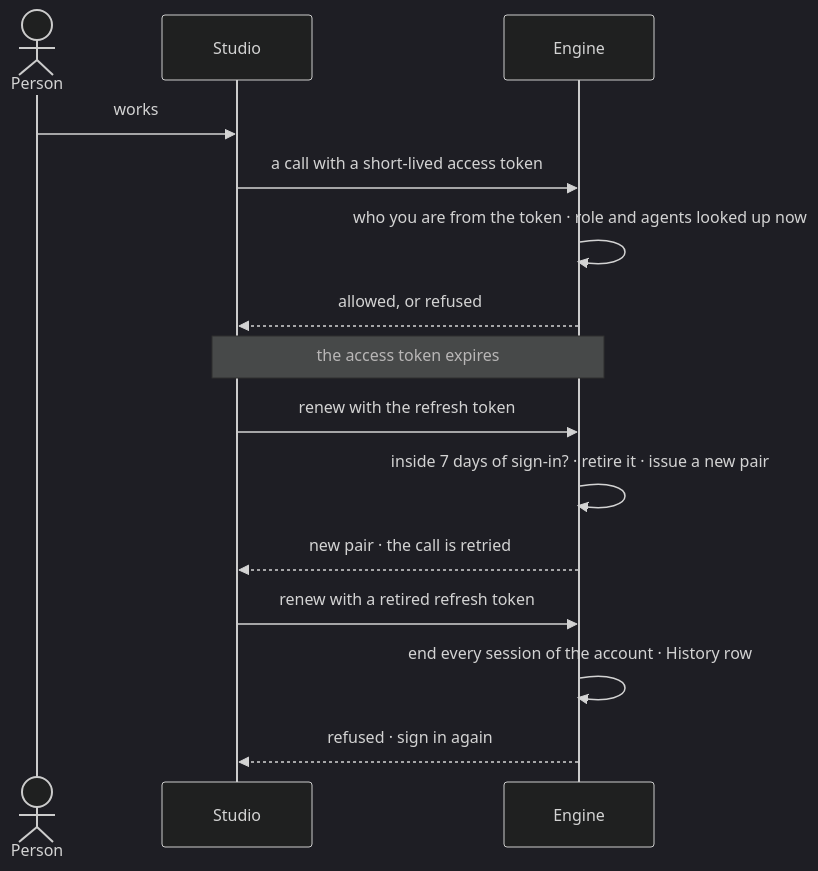
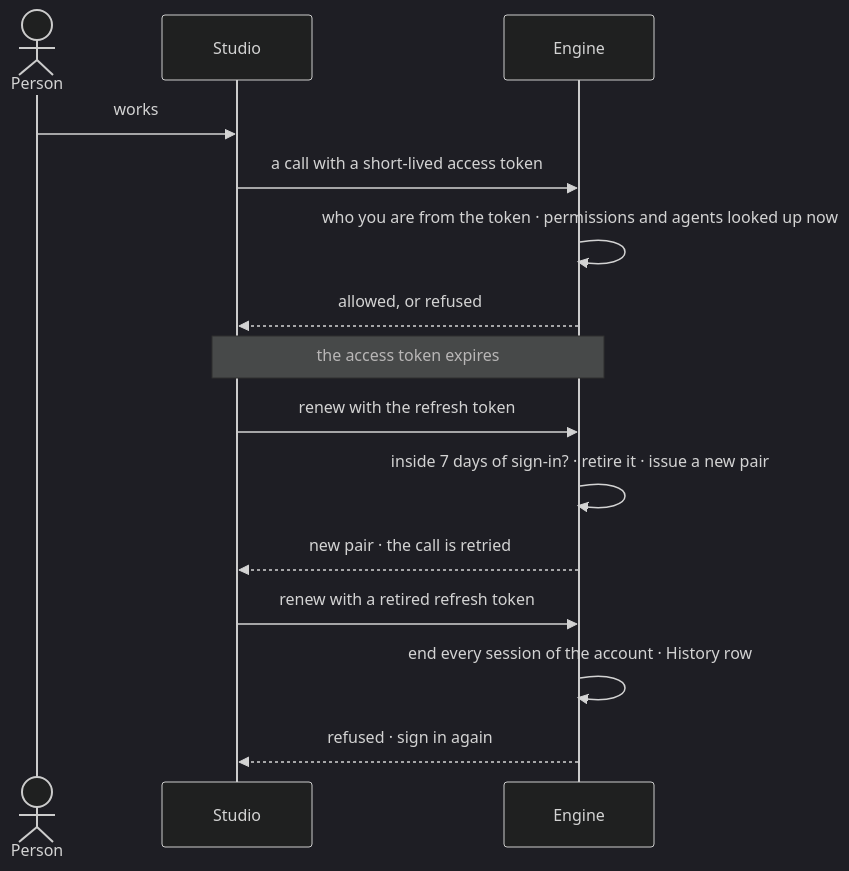
Before and after one commit to invana/invana: the second of 2 diagrams in specs/os/access/features/AC-F01-sign-in-account-and-sessions/feature.md, drawn with Mermaid (dark theme). The commit also changed other lines of this file and 236 other files, not shown here.

````diff
--- a/specs/os/access/features/AC-F01-sign-in-account-and-sessions/feature.md
+++ b/specs/os/access/features/AC-F01-sign-in-account-and-sessions/feature.md
@@ -52,17 +52,17 @@
 ```mermaid
 sequenceDiagram
   actor P as Person
   participant S as Studio
   participant E as Engine
   P->>S: works
   S->>E: a call with a short-lived access token
-  E->>E: who you are from the token · role and agents looked up now
+  E->>E: who you are from the token · permissions and agents looked up now
   E-->>S: allowed, or refused
   Note over S,E: the access token expires
   S->>E: renew with the refresh token
   E->>E: inside 7 days of sign-in? · retire it · issue a new pair
   E-->>S: new pair · the call is retried
   S->>E: renew with a retired refresh token
   E->>E: end every session of the account · History row
   E-->>S: refused · sign in again
 ```
````
